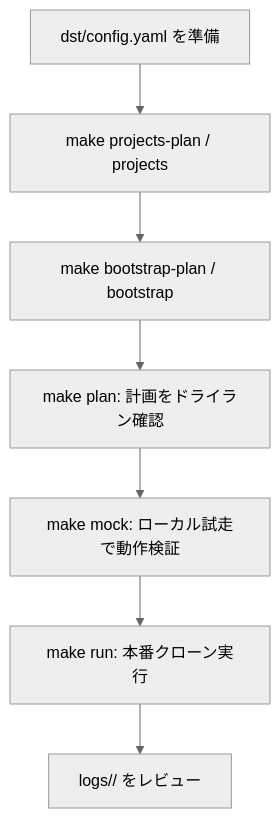
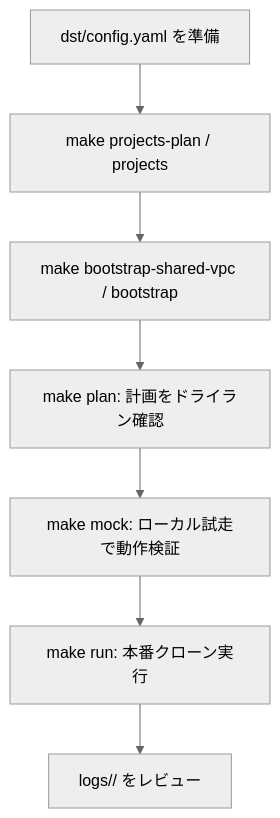
One commit to shin5ok/gcp-copy-allenv changed the first of 2 diagrams in README.md. Above: the diagram before and after it, drawn with Mermaid (neutral theme). The commit also changed other lines of this file and 4 other files, not shown here.

````diff
--- a/README.md
+++ b/README.md
@@ -218,9 +219,9 @@
 ```mermaid
 graph TD
     A[dst/config.yaml を準備] --> B[make projects-plan / projects]
-    B --> B2[make bootstrap-plan / bootstrap]
+    B --> B2[make bootstrap-shared-vpc / bootstrap]
     B2 --> C[make plan: 計画をドライラン確認]
     C --> D[make mock: ローカル試走で動作検証]
     D --> E[make run: 本番クローン実行]
     E --> F[logs/<timestamp>/ をレビュー]
 ```
````
